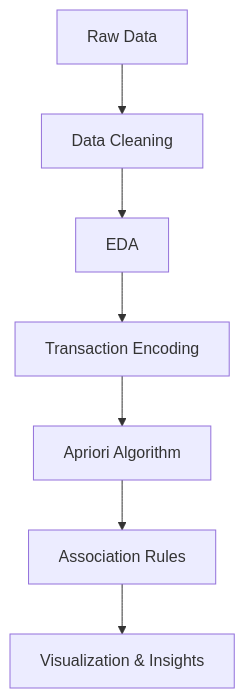
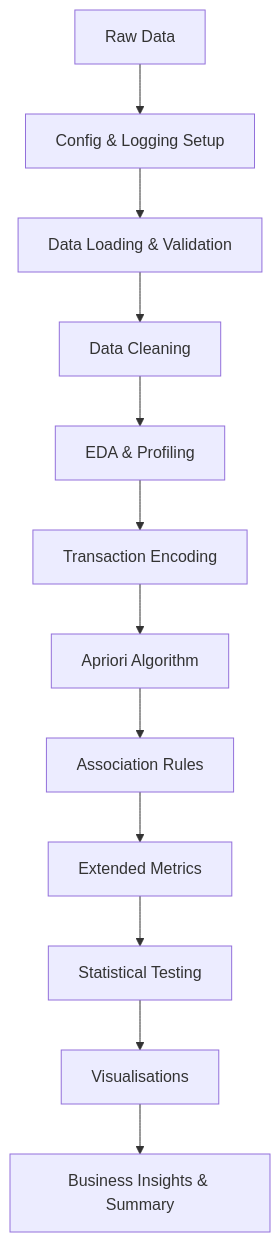
One commit to simonmateli/MARKET-BASKET-ANALYZER changed the diagram in README.md. Above: the diagram before and after it, drawn with Mermaid. The commit also changed other lines of this file and 3 other files, not shown here.

First line of the commit message:
Add comprehensive enhancements: extended metrics, visualisations, data profiling, BI insights, config, logging, requirements

````diff
--- a/README.md
+++ b/README.md
@@ -38,9 +131,14 @@
 ```mermaid
 flowchart TD
-    A[Raw Data] --> B[Data Cleaning]
-    B --> C[EDA]
-    C --> D[Transaction Encoding]
-    D --> E[Apriori Algorithm]
-    E --> F[Association Rules]
-    F --> G[Visualization & Insights]
+    A[Raw Data] --> B[Config & Logging Setup]
+    B --> C[Data Loading & Validation]
+    C --> D[Data Cleaning]
+    D --> E[EDA & Profiling]
+    E --> F[Transaction Encoding]
+    F --> G[Apriori Algorithm]
+    G --> H[Association Rules]
+    H --> I[Extended Metrics]
+    I --> J[Statistical Testing]
+    J --> K[Visualisations]
+    K --> L[Business Insights & Summary]
 ```
````
